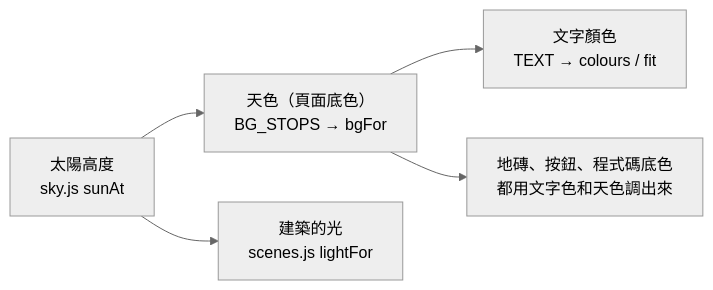
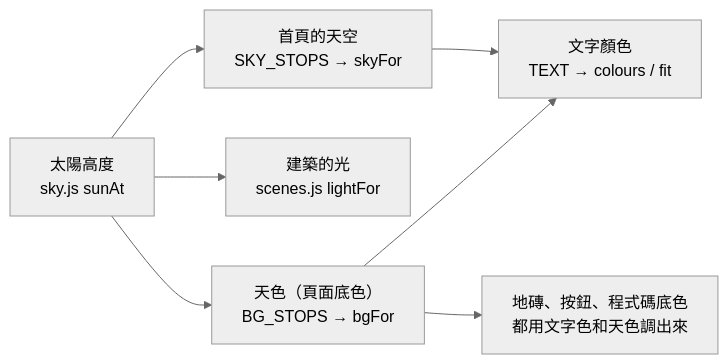
Before and after one commit to laiyenju/laiyenju.github.io: the first of 5 diagrams in README.md, drawn with Mermaid (neutral theme). The commit also changed other lines of this file and 8 other files, not shown here.

````diff
--- a/README.md
+++ b/README.md
@@ -186,7 +186,9 @@
 ```mermaid
 flowchart LR
   S["太陽高度<br/>sky.js sunAt"] --> B["天色（頁面底色）<br/>BG_STOPS → bgFor"]
   B --> T["文字顏色<br/>TEXT → colours / fit"]
   S --> L["建築的光<br/>scenes.js lightFor"]
   B --> P["地磚、按鈕、程式碼底色<br/>都用文字色和天色調出來"]
+  S --> K["首頁的天空<br/>SKY_STOPS → skyFor"]
+  K --> T
 ```
````
